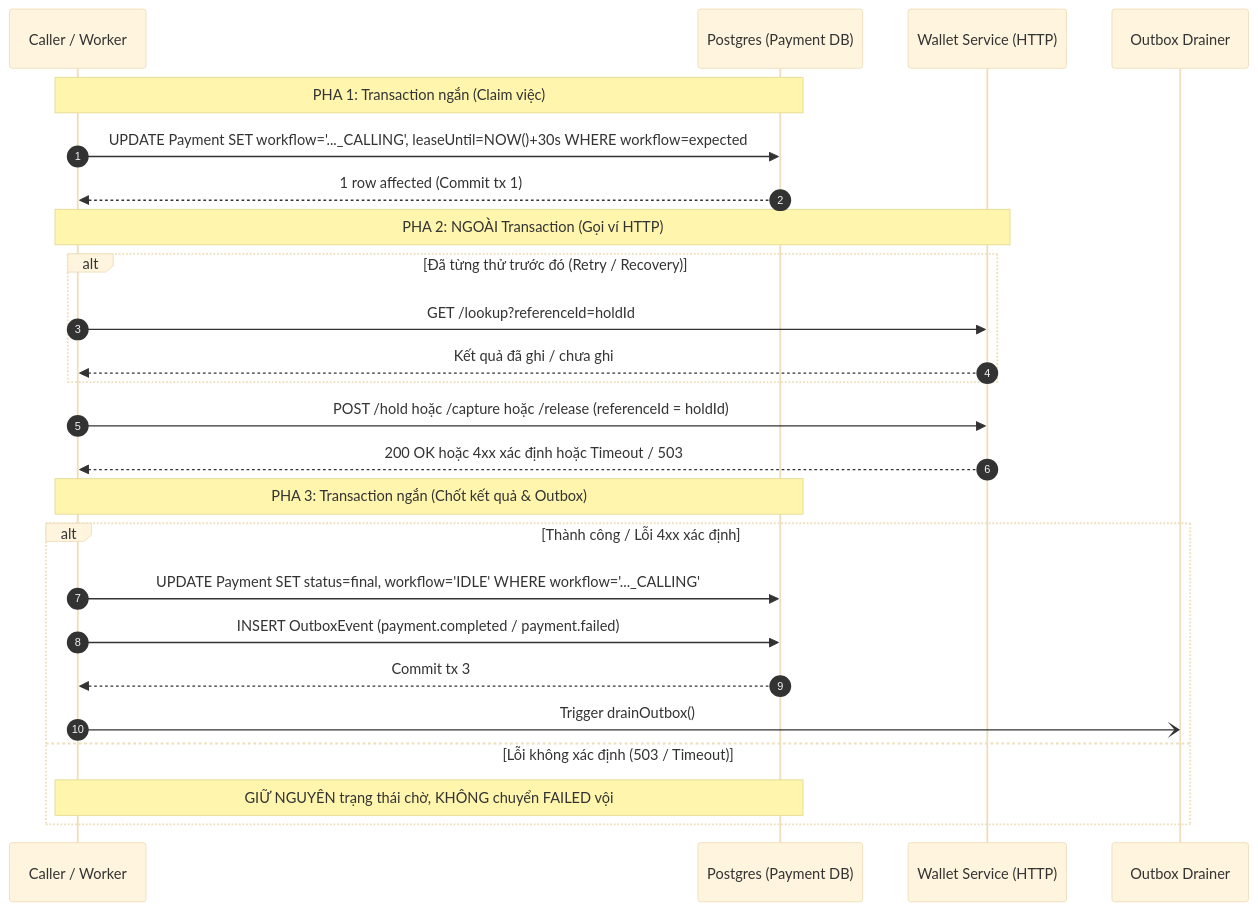
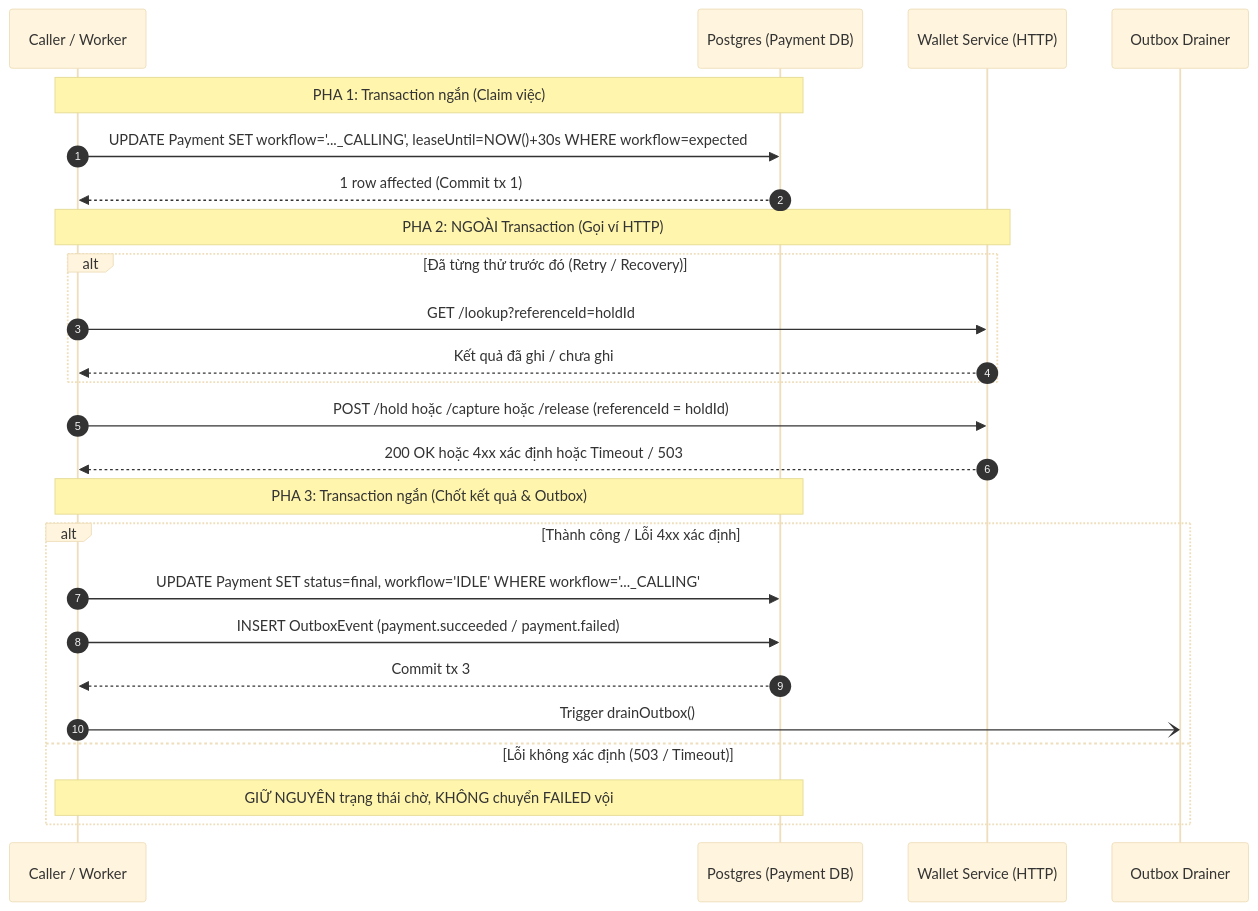
The diagram in docs/k16-design.md (AisssShiBa/PTPMHDV_Backend), drawn with Mermaid (base theme) before and after one commit. The commit also changed other lines of this file and 1 other file, not shown here.

Commit message:
docs(payment): hoàn thiện tài liệu thiết kế và checklist review chéo (K16-7)

````diff
--- a/docs/k16-design.md
+++ b/docs/k16-design.md
@@ -42,30 +42,30 @@
 ```mermaid
 sequenceDiagram
     autonumber
     participant C as Caller / Worker
     participant DB as Postgres (Payment DB)
     participant W as Wallet Service (HTTP)
     participant O as Outbox Drainer
 
     Note over C,DB: PHA 1: Transaction ngắn (Claim việc)
     C->>DB: UPDATE Payment SET workflow='..._CALLING', leaseUntil=NOW()+30s WHERE workflow=expected
     DB-->>C: 1 row affected (Commit tx 1)
 
     Note over C,W: PHA 2: NGOÀI Transaction (Gọi ví HTTP)
     alt Đã từng thử trước đó (Retry / Recovery)
         C->>W: GET /lookup?referenceId=holdId
         W-->>C: Kết quả đã ghi / chưa ghi
     end
     C->>W: POST /hold hoặc /capture hoặc /release (referenceId = holdId)
     W-->>C: 200 OK hoặc 4xx xác định hoặc Timeout / 503
 
     Note over C,DB: PHA 3: Transaction ngắn (Chốt kết quả & Outbox)
     alt Thành công / Lỗi 4xx xác định
         C->>DB: UPDATE Payment SET status=final, workflow='IDLE' WHERE workflow='..._CALLING'
-        C->>DB: INSERT OutboxEvent (payment.completed / payment.failed)
+        C->>DB: INSERT OutboxEvent (payment.succeeded / payment.failed)
         DB-->>C: Commit tx 3
         C-)O: Trigger drainOutbox()
     else Lỗi không xác định (503 / Timeout)
         Note over C,DB: GIỮ NGUYÊN trạng thái chờ, KHÔNG chuyển FAILED vội
     end
 ```
````
